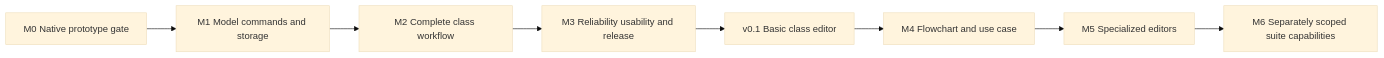
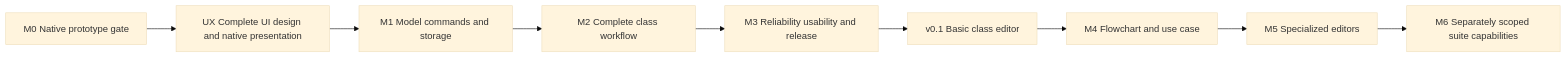
The diagram in plan-rust-diagram-editor/RUST-ROADMAP.md (DAWAS00/Diagrams), drawn with Mermaid (base theme) before and after one commit. The commit also changed other lines of this file and 11 other files, not shown here.

Commit message:
docs: define complete UI design and add UI-first roadmap tasks

````diff
--- a/plan-rust-diagram-editor/RUST-ROADMAP.md
+++ b/plan-rust-diagram-editor/RUST-ROADMAP.md
@@ -7,10 +7,11 @@
 ```mermaid
 flowchart LR
-    M0[M0 Native prototype gate] --> M1[M1 Model commands and storage]
+    M0[M0 Native prototype gate] --> UX[UX Complete UI design and native presentation]
+    UX --> M1[M1 Model commands and storage]
     M1 --> M2[M2 Complete class workflow]
     M2 --> M3[M3 Reliability usability and release]
     M3 --> V1[v0.1 Basic class editor]
     V1 --> M4[M4 Flowchart and use case]
     M4 --> M5[M5 Specialized editors]
     M5 --> M6[M6 Separately scoped suite capabilities]
 ```
````
